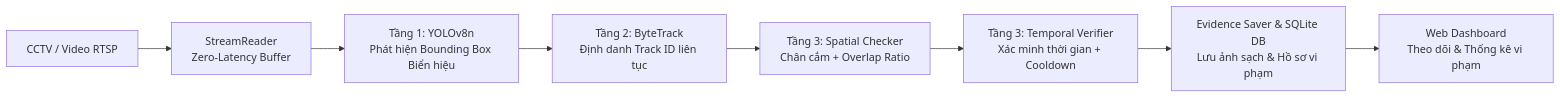
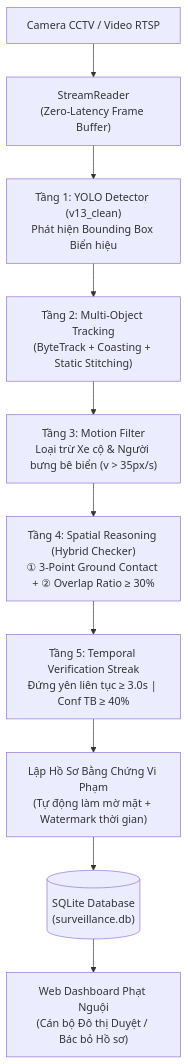
The diagram in README.md (nguyentainang246s-aduvip/phat-hien-bien-quang-cao-lan-chiem-via-he), drawn with Mermaid before and after one commit. The commit also changed other lines of this file, not shown here.

````diff
--- a/README.md
+++ b/README.md
@@ -13,10 +14,12 @@
 ```mermaid
-flowchart LR
-    A[CCTV / Video RTSP] --> B[StreamReader\nZero-Latency Buffer]
-    B --> C[Tầng 1: YOLOv8n\nPhát hiện Bounding Box Biển hiệu]
-    C --> D[Tầng 2: ByteTrack\nĐịnh danh Track ID liên tục]
-    D --> E[Tầng 3: Spatial Checker\nChân cắm + Overlap Ratio]
-    E --> F[Tầng 3: Temporal Verifier\nXác minh thời gian + Cooldown]
-    F --> G[Evidence Saver & SQLite DB\nLưu ảnh sạch & Hồ sơ vi phạm]
-    G --> H[Web Dashboard\nTheo dõi & Thống kê vi phạm]
+flowchart TD
+    A["Camera CCTV / Video RTSP"] --> B["StreamReader\n(Zero-Latency Frame Buffer)"]
+    B --> C["Tầng 1: YOLO Detector (v13_clean)\nPhát hiện Bounding Box Biển hiệu"]
+    C --> D["Tầng 2: Multi-Object Tracking\n(ByteTrack + Coasting + Static Stitching)"]
+    D --> E["Tầng 3: Motion Filter\nLoại trừ Xe cộ & Người bưng bê biển (v > 35px/s)"]
+    E --> F["Tầng 4: Spatial Reasoning (Hybrid Checker)\n① 3-Point Ground Contact + ② Overlap Ratio ≥ 30%"]
+    F --> G["Tầng 5: Temporal Verification Streak\nĐứng yên liên tục ≥ 3.0s | Conf TB ≥ 40%"]
+    G --> H["Lập Hồ Sơ Bằng Chứng Vi Phạm\n(Tự động làm mờ mặt + Watermark thời gian)"]
+    H --> I[("SQLite Database\n(surveillance.db)")]
+    I --> J["Web Dashboard Phạt Nguội\n(Cán bộ Đô thị Duyệt / Bác bỏ Hồ sơ)"]
 ```
````
